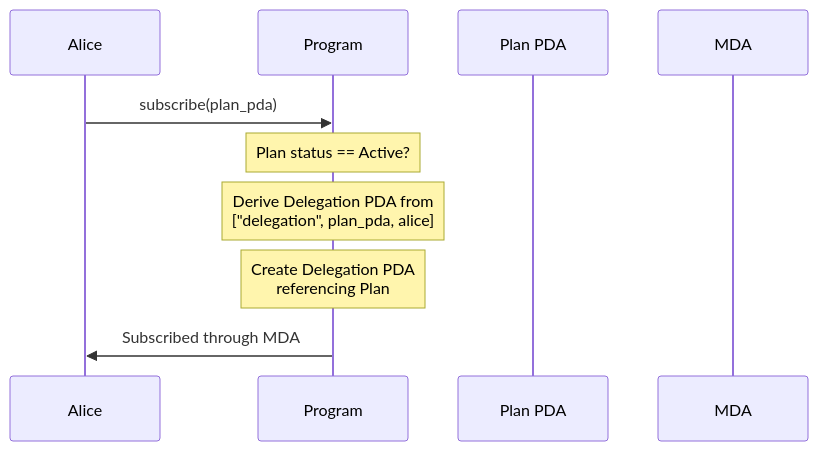
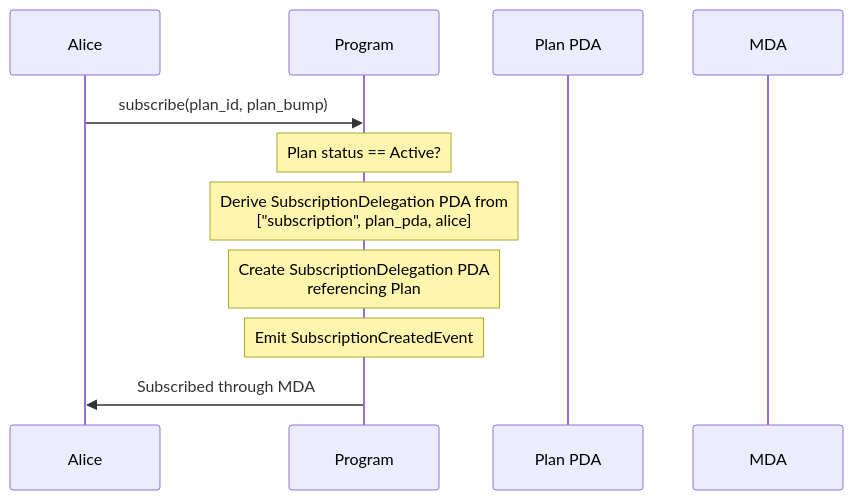
Before and after one commit to solana-program/multi-delegator: the third of 6 diagrams in docs/002-subscriptions-architecture.md, drawn with Mermaid. The commit also changed other lines of this file and 2 other files, not shown here.

````diff
--- a/docs/002-subscriptions-architecture.md
+++ b/docs/002-subscriptions-architecture.md
@@ -457,13 +463,14 @@
 ```mermaid
 sequenceDiagram
     participant A as Alice
     participant P as Program
     participant Plan as Plan PDA
     participant MDA as MDA
 
-    A->>P: subscribe(plan_pda)
+    A->>P: subscribe(plan_id, plan_bump)
     Note over P: Plan status == Active?
-    Note over P: Derive Delegation PDA from<br/>["delegation", plan_pda, alice]
-    Note over P: Create Delegation PDA<br/>referencing Plan
+    Note over P: Derive SubscriptionDelegation PDA from<br/>["subscription", plan_pda, alice]
+    Note over P: Create SubscriptionDelegation PDA<br/>referencing Plan
+    Note over P: Emit SubscriptionCreatedEvent
     P->>A: Subscribed through MDA
 ```
````
